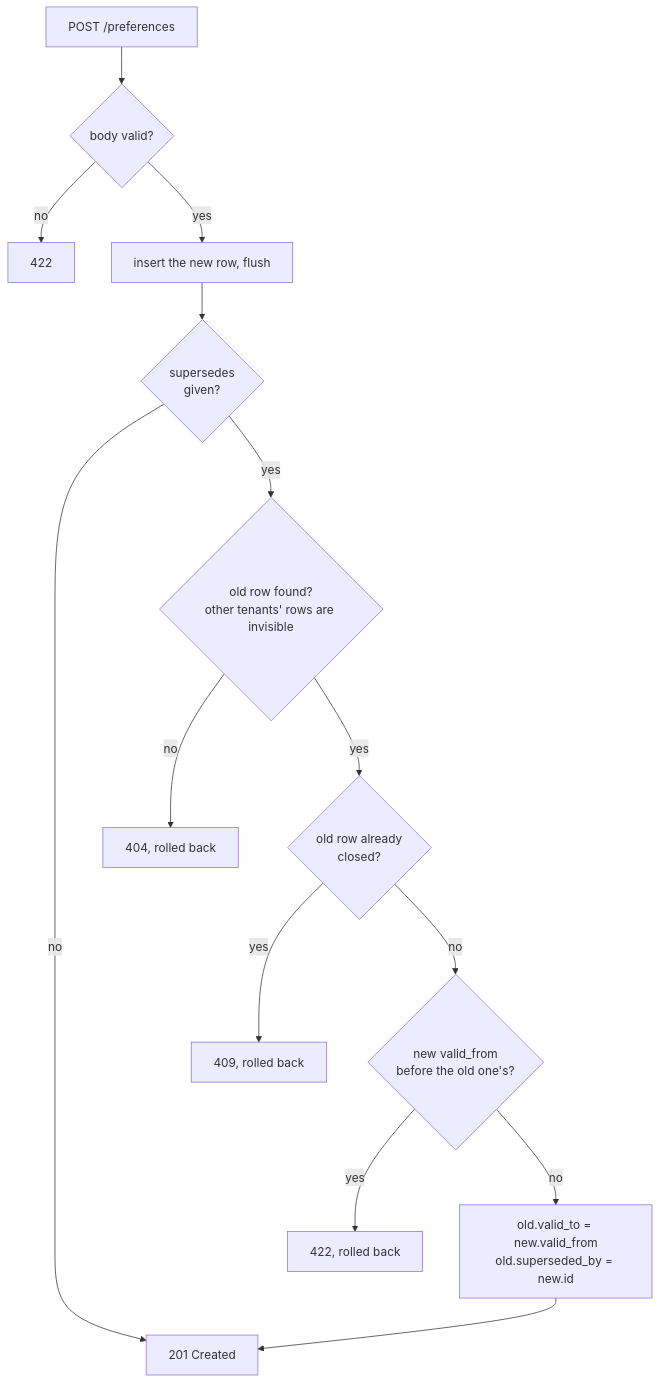
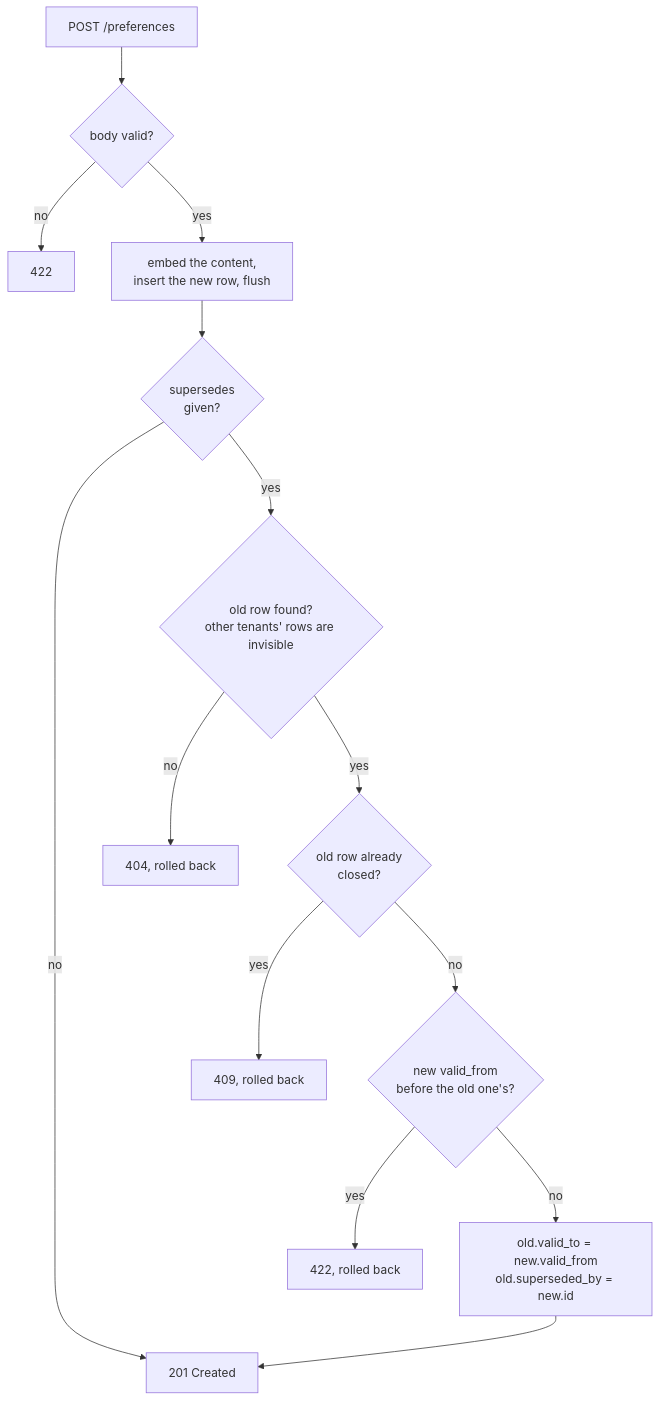
Diagram 12 of 23 in docs/design.md (ZiadHendawy/mutable), drawn with Mermaid before and after one commit. The commit also changed other lines of this file and 10 other files, not shown here.

````diff
--- a/docs/design.md
+++ b/docs/design.md
@@ -706,16 +719,16 @@
 ```mermaid
 flowchart TD
     start["POST /preferences"] --> valid{"body valid?"}
     valid -- no --> e422["422"]
-    valid -- yes --> insert["insert the new row, flush"]
+    valid -- yes --> insert["embed the content,<br/>insert the new row, flush"]
     insert --> sup{"supersedes<br/>given?"}
     sup -- no --> ok["201 Created"]
     sup -- yes --> found{"old row found?<br/>other tenants' rows are invisible"}
     found -- no --> e404["404, rolled back"]
     found -- yes --> closed{"old row already<br/>closed?"}
     closed -- yes --> e409["409, rolled back"]
     closed -- no --> early{"new valid_from<br/>before the old one's?"}
     early -- yes --> e422b["422, rolled back"]
     early -- no --> link["old.valid_to = new.valid_from<br/>old.superseded_by = new.id"]
     link --> ok
 ```
````
